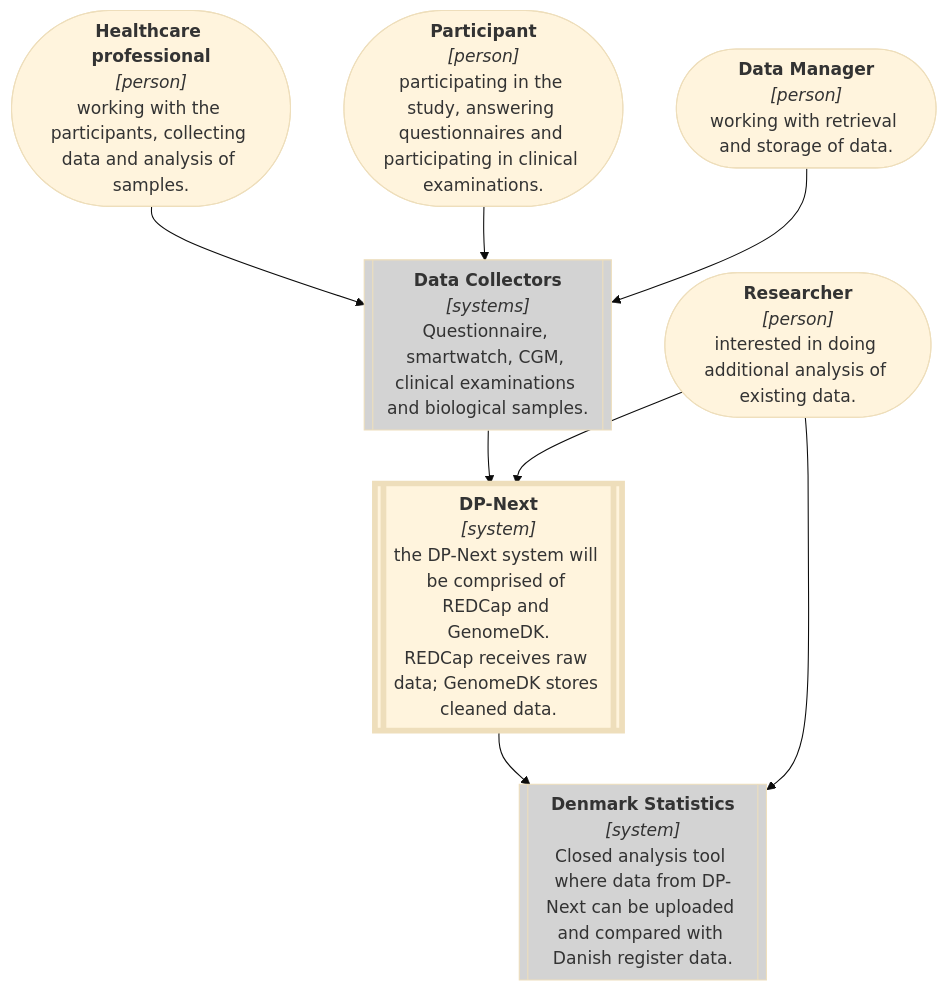
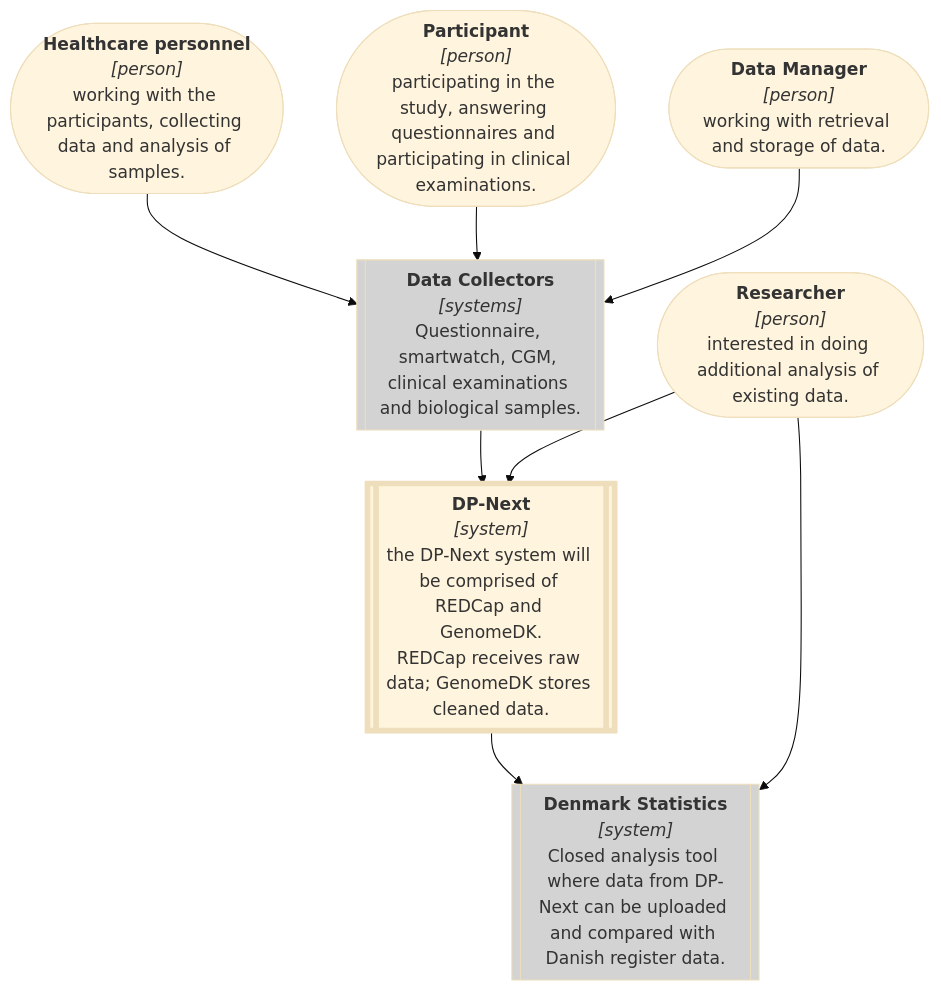
Before and after one commit to dp-next/wp3-d-clin-dmp: the diagram in section/sources.qmd, drawn with Mermaid (base theme). The commit also changed other lines of this file and 1 other file, not shown here.

Commit message:
Collection of data

````diff
--- a/section/sources.qmd
+++ b/section/sources.qmd
@@ -5,30 +5,30 @@
 ```{mermaid}
 %%| label: dataflow
 %%| fig-cap: >-
 %%|   Diagram showing a basic overview of DP-Next, its anticipated users, and data providers.
 %%| fig-width: 100%
 
 flowchart TD
-Healthprof(["<b>Healthcare professional</b><br><i>[person]</i><br>working with the participants, collecting data and analysis of samples."])
+Healthprof(["<b>Healthcare personnel</b><br><i>[person]</i><br>working with the participants, collecting data and analysis of samples."])
 Participant(["<b>Participant</b><br><i>[person]</i><br>participating in the study, answering questionnaires and participating in clinical examinations."])
 Datamanager(["<b>Data Manager</b><br><i>[person]</i><br>working with retrieval and storage of data."])
 Researcher(["<b>Researcher</b><br><i>[person]</i><br>interested in doing additional analysis of existing data."])
 
 DP-Next[["<b>DP-Next</b><br><i>[system]</i><br>the DP-Next system will be comprised of REDCap and GenomeDK.<br>REDCap receives raw data; GenomeDK stores cleaned data."]]
 DS[["<b>Denmark Statistics</b><br><i>[system]</i><br>Closed analysis tool where data from DP-Next can be uploaded and compared with Danish register data."]]
 DP[["<b>Data Collectors</b><br><i>[systems]</i><br>Questionnaire, smartwatch, CGM, clinical examinations and biological samples."]]
 
 DP-Next:::system
 DP:::external
 DS:::external
 Healthprof --> DP
 Participant --> DP
 Datamanager --> DP
 DP --> DP-Next
 Researcher --> DP-Next
 DP-Next --> DS
 Researcher --> DS
 
 classDef system stroke-width:4pt
 classDef external fill:lightgrey
 ```
````
